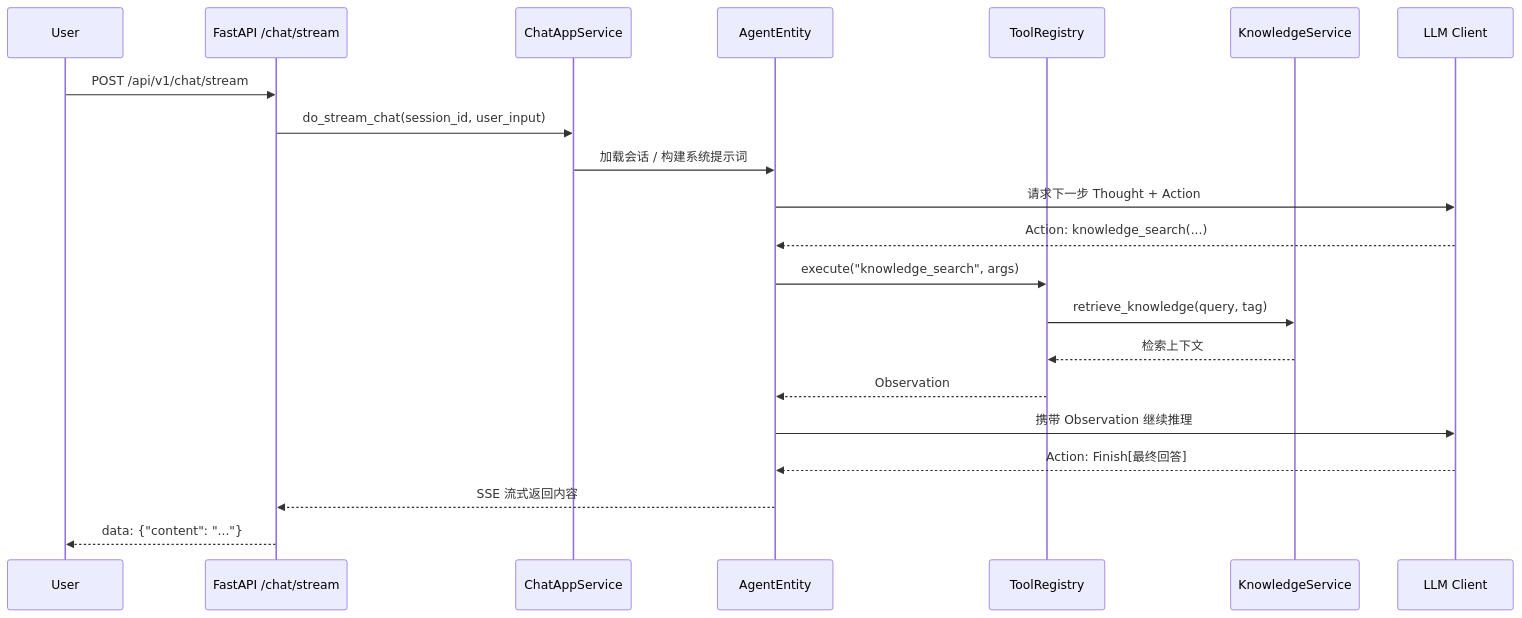
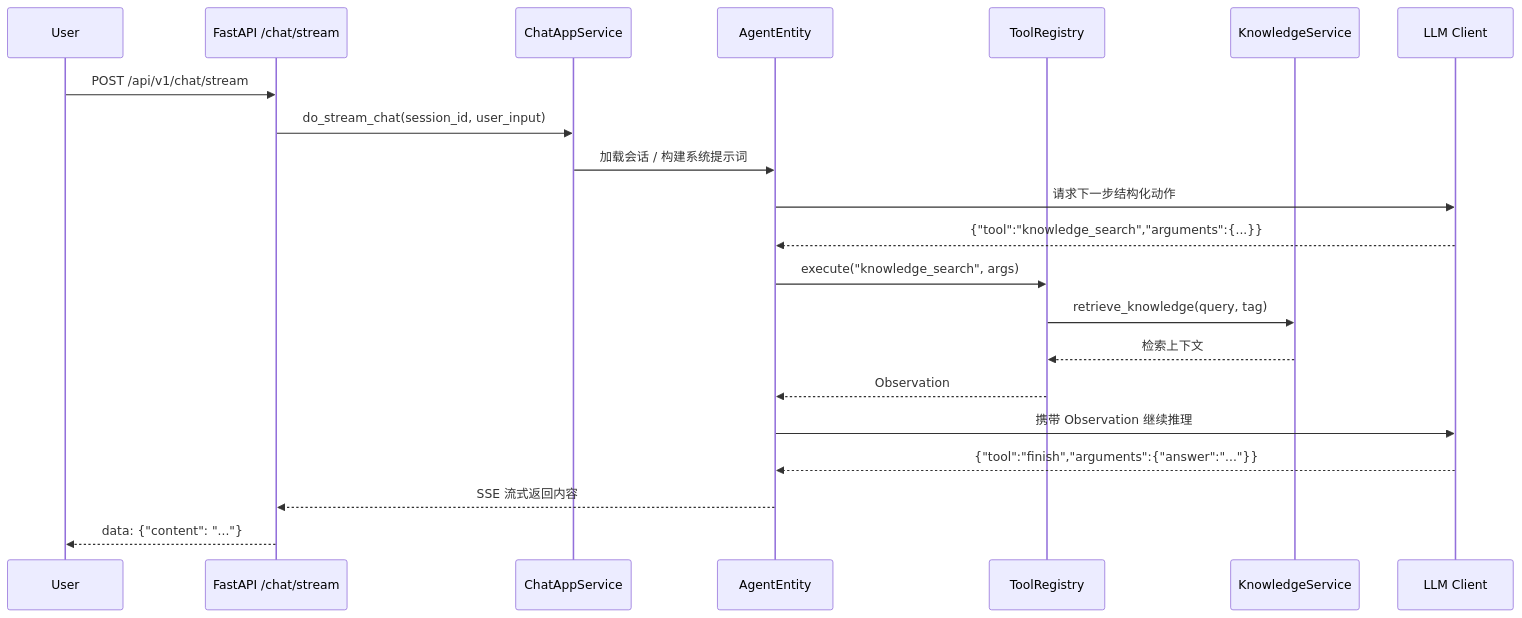
The second of 2 diagrams in README.md (209044528/Kita-Agent), drawn with Mermaid before and after one commit. The commit also changed other lines of this file and 23 other files, not shown here.

Commit message:
feat: implement tool registry and MCP infrastructure with agent integration support

````diff
--- a/README.md
+++ b/README.md
@@ -166,24 +171,24 @@
 ```mermaid
 sequenceDiagram
     participant User
     participant API as FastAPI /chat/stream
     participant App as ChatAppService
     participant Agent as AgentEntity
     participant Tool as ToolRegistry
     participant KB as KnowledgeService
     participant LLM as LLM Client
 
     User->>API: POST /api/v1/chat/stream
     API->>App: do_stream_chat(session_id, user_input)
     App->>Agent: 加载会话 / 构建系统提示词
-    Agent->>LLM: 请求下一步 Thought + Action
-    LLM-->>Agent: Action: knowledge_search(...)
+    Agent->>LLM: 请求下一步结构化动作
+    LLM-->>Agent: {"tool":"knowledge_search","arguments":{...}}
     Agent->>Tool: execute("knowledge_search", args)
     Tool->>KB: retrieve_knowledge(query, tag)
     KB-->>Tool: 检索上下文
     Tool-->>Agent: Observation
     Agent->>LLM: 携带 Observation 继续推理
-    LLM-->>Agent: Action: Finish[最终回答]
+    LLM-->>Agent: {"tool":"finish","arguments":{"answer":"..."}}
     Agent-->>API: SSE 流式返回内容
     API-->>User: data: {"content": "..."}
 ```
````
